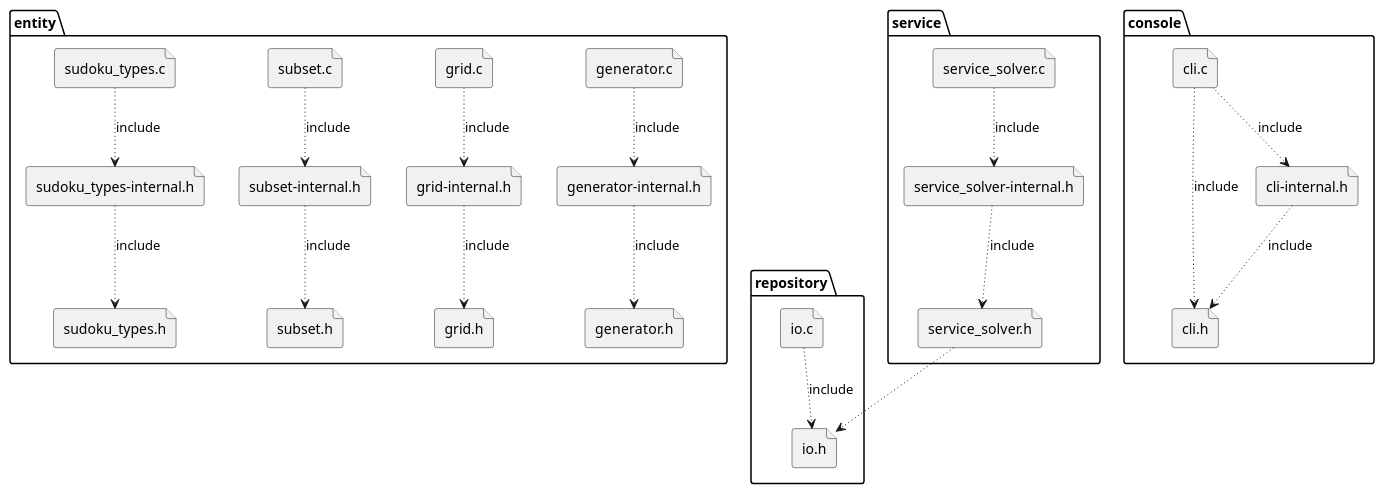
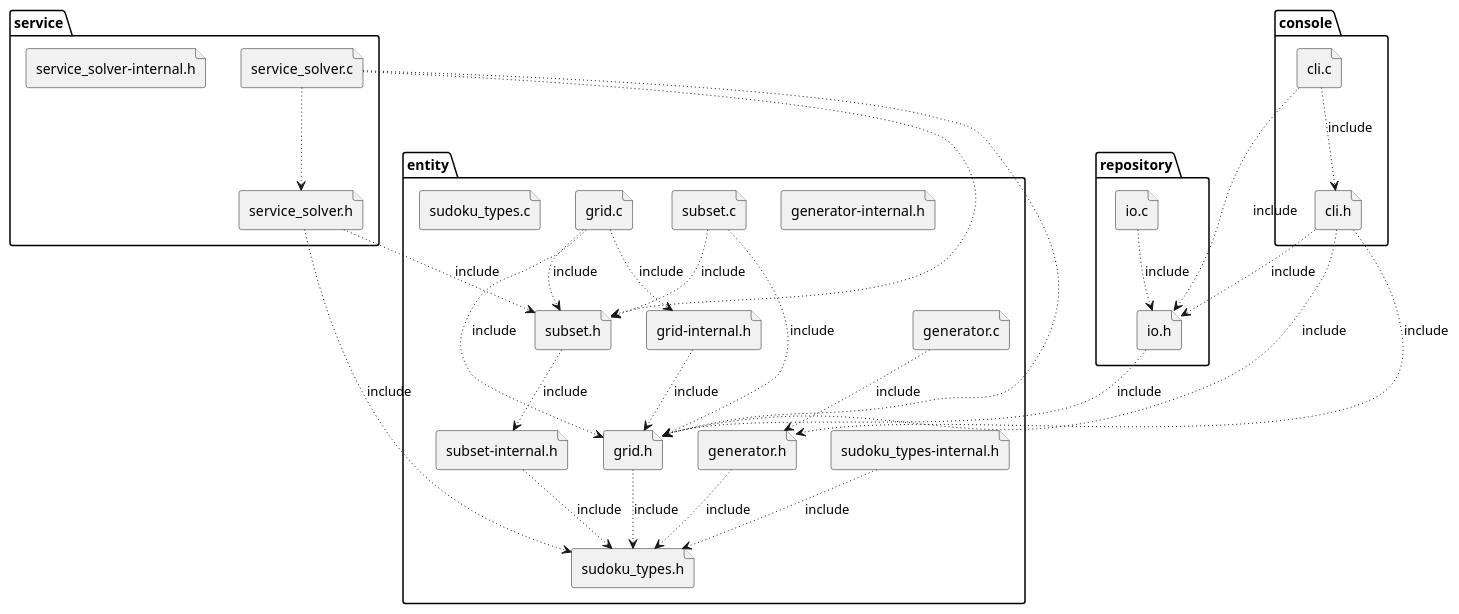
Before and after one commit to SudokuSolverJUNIA2526/sudoku-solver: the diagram in doc/sudoku_solver-architecture.puml, drawn with PlantUML.

Commit message:
Refactor architecture diagram for Sudoku solver

```diff
--- a/doc/sudoku_solver-architecture.puml
+++ b/doc/sudoku_solver-architecture.puml
@@ -1,61 +1,71 @@
-@startuml
+    @startuml
 
-package entity {
-    file "generator.c"
-    file "generator.h"
-    file "generator-internal.h"
+    package entity {
+        file "generator.c"
+        file "generator.h"
+        file "generator-internal.h"
 
-    "generator.c" -[dotted]-> "generator-internal.h" : include
-    "generator-internal.h" -[dotted]-> "generator.h" : include
+        file "grid.c"
+        file "grid.h"
+        file "grid-internal.h"
 
-    file "grid.c"
-    file "grid.h"
-    file "grid-internal.h"
+        file "subset.c"
+        file "subset.h"
+        file "subset-internal.h"
 
-    "grid.c" -[dotted]-> "grid-internal.h" : include
-    "grid-internal.h" -[dotted]-> "grid.h" : include
+        file "sudoku_types.c"
+        file "sudoku_types.h"
+        file "sudoku_types-internal.h"
 
-    file "subset.c"
-    file "subset.h"
-    file "subset-internal.h"
+        "generator.h" -[dotted]-> "sudoku_types.h": include
+        "generator.c" -[dotted]-> "generator.h": include
 
-    "subset.c" -[dotted]-> "subset-internal.h" : include
-    "subset-internal.h" -[dotted]-> "subset.h" : include
+        "grid.h" -[dotted]-> "sudoku_types.h" : include
+        "grid.c" -[dotted]-> "grid.h" : include
+        "grid.c" -[dotted]-> "subset.h" : include
 
-    file "sudoku_types.c"
-    file "sudoku_types.h"
-    file "sudoku_types-internal.h"
+        "grid.c" -[dotted]-> "grid-internal.h" : include
+        "grid-internal.h" -[dotted]-> "grid.h" : include
 
-    "sudoku_types.c" -[dotted]-> "sudoku_types-internal.h" : include
-    "sudoku_types-internal.h" -[dotted]-> "sudoku_types.h" : include
+        "subset-internal.h" -[dotted]-> "sudoku_types.h" : include
+        "subset.h" -[dotted]-> "subset-internal.h" : include
+        "subset.c" -[dotted]-> "grid.h" : include
+        "subset.c" -[dotted]-> "subset.h" : include
 
-}
+        "sudoku_types-internal.h" -[dotted]-> "sudoku_types.h" : include
 
-package repository {
-    file "io.c"
-    file "io.h"
+    }
 
-    "io.c" -[dotted]-> "io.h" : include
-}
+    package repository {
+        file "io.c"
+        file "io.h"
 
-package service {
-    file "service_solver.c"
-    file "service_solver.h"
-    file "service_solver-internal.h"
+        "io.h" -[dotted]-> "grid.h" : include
+        "io.c" -[dotted]-> "io.h" : include
 
-    "service_solver.c" -[dotted]-> "service_solver-internal.h" : include
-    "service_solver-internal.h" -[dotted]-> "service_solver.h" : include
-    "service_solver.h" -[dotted]-> "io.h"
-}
+    }
 
-package console {
-    file "cli.h"
-    file "cli.c"
-    file "cli-internal.h"
+    package service {
+        file "service_solver.c"
+        file "service_solver.h"
+        file "service_solver-internal.h"
 
-    "cli.c" -[dotted]-> "cli-internal.h" : include
-    "cli.c" -[dotted]-> "cli.h" : include
-    "cli-internal.h" -[dotted]-> "cli.h" : include
-}
+        "service_solver.h" -[dotted]-> "sudoku_types.h" : include
+        "service_solver.h" -[dotted]-> "subset.h" : include
+        "service_solver.c" -[dotted]-> "grid.h"
+        "service_solver.c" -[dotted]-> "subset.h"
+        "service_solver.c" -[dotted]-> "service_solver.h"
+    }
 
-@enduml
+    package console {
+        file "cli.h"
+        file "cli.c"
+
+        "cli.c" -[dotted]-> "cli.h" : include
+        "cli.c" -[dotted]-> "io.h" : include
+        "cli.h" -[dotted]-> "io.h" : include
+        "cli.h" -[dotted]-> "generator.h" : include
+        "cli.h" -[dotted]-> "grid.h" : include
+    }
+
+    @enduml
```
